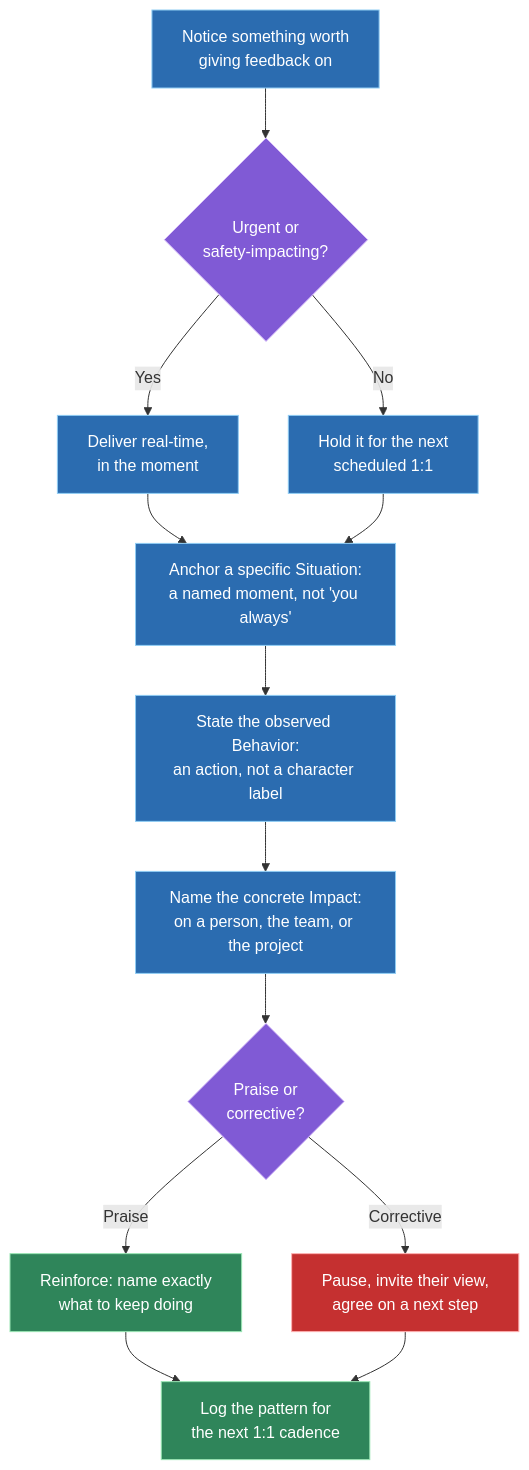
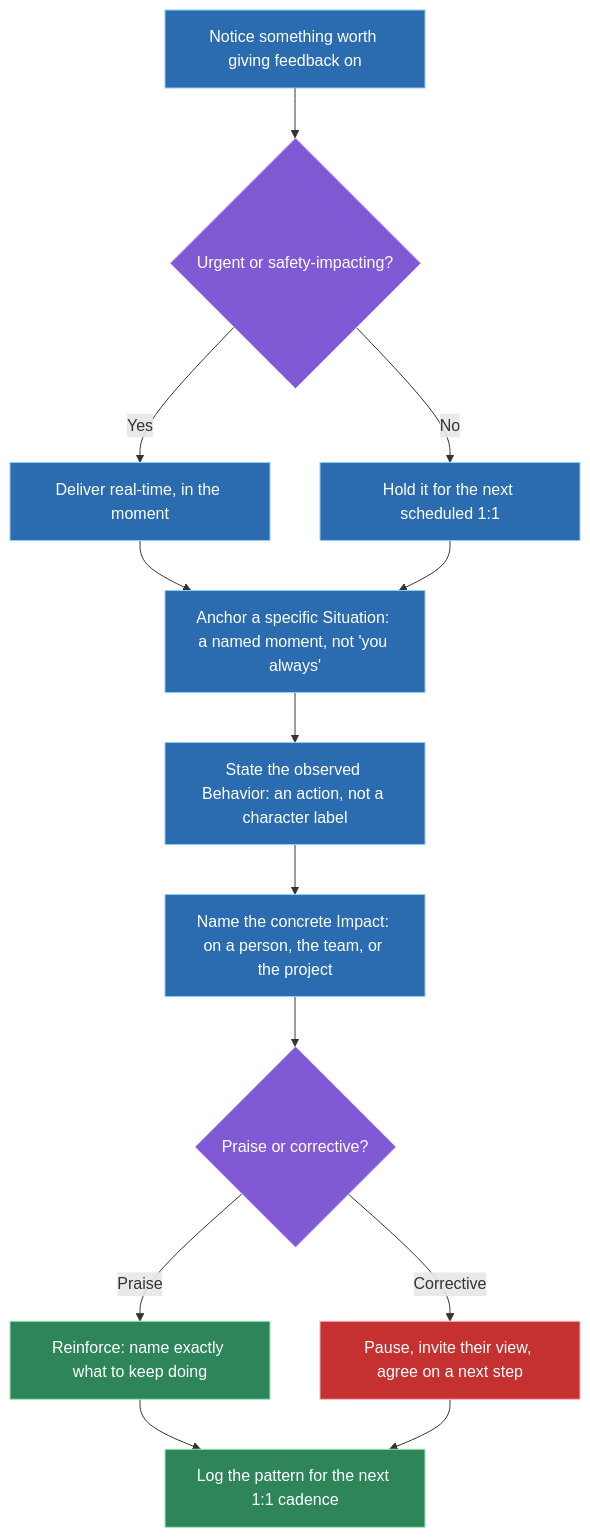
The first of 2 diagrams in data/topics/sbi-feedback-model.md (vinayakhumberi/litmus), drawn with Mermaid before and after one commit. The commit also changed other lines of this file and 68 other files, not shown here.

````diff
--- a/data/topics/sbi-feedback-model.md
+++ b/data/topics/sbi-feedback-model.md
@@ -91,25 +91,25 @@
 ```mermaid
 graph TD
-    A["Notice something worth<br>giving feedback on"] --> B{"Urgent or<br>safety-impacting?"}
-    B -- "Yes" --> C["Deliver real-time,<br>in the moment"]
-    B -- "No" --> D["Hold it for the next<br>scheduled 1:1"]
-    C --> E["Anchor a specific Situation:<br>a named moment, not 'you always'"]
+    A["Notice something worth giving feedback on"] --> B{"Urgent or safety-impacting?"}
+    B -- "Yes" --> C["Deliver real-time, in the moment"]
+    B -- "No" --> D["Hold it for the next scheduled 1:1"]
+    C --> E["Anchor a specific Situation: a named moment, not 'you always'"]
     D --> E
-    E --> F["State the observed Behavior:<br>an action, not a character label"]
-    F --> G["Name the concrete Impact:<br>on a person, the team, or the project"]
-    G --> H{"Praise or<br>corrective?"}
-    H -- "Praise" --> I["Reinforce: name exactly<br>what to keep doing"]
-    H -- "Corrective" --> J["Pause, invite their view,<br>agree on a next step"]
-    I --> K["Log the pattern for<br>the next 1:1 cadence"]
+    E --> F["State the observed Behavior: an action, not a character label"]
+    F --> G["Name the concrete Impact: on a person, the team, or the project"]
+    G --> H{"Praise or corrective?"}
+    H -- "Praise" --> I["Reinforce: name exactly what to keep doing"]
+    H -- "Corrective" --> J["Pause, invite their view, agree on a next step"]
+    I --> K["Log the pattern for the next 1:1 cadence"]
     J --> K
 
     classDef stage fill:#2b6cb0,stroke:#90cdf4,color:#fff
     classDef decision fill:#805ad5,stroke:#d6bcfa,color:#fff
     classDef corrective fill:#c53030,stroke:#feb2b2,color:#fff
     classDef positive fill:#2f855a,stroke:#9ae6b4,color:#fff
 
     class A,C,D,E,F,G stage
     class B,H decision
     class J corrective
     class I,K positive
 ```
````
